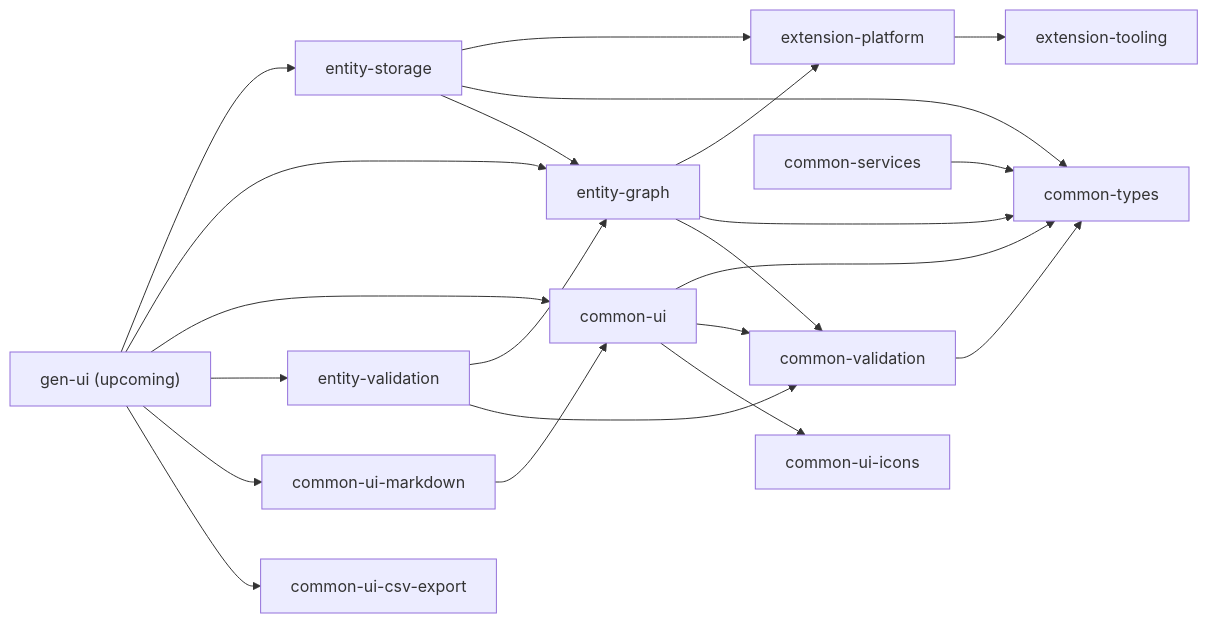
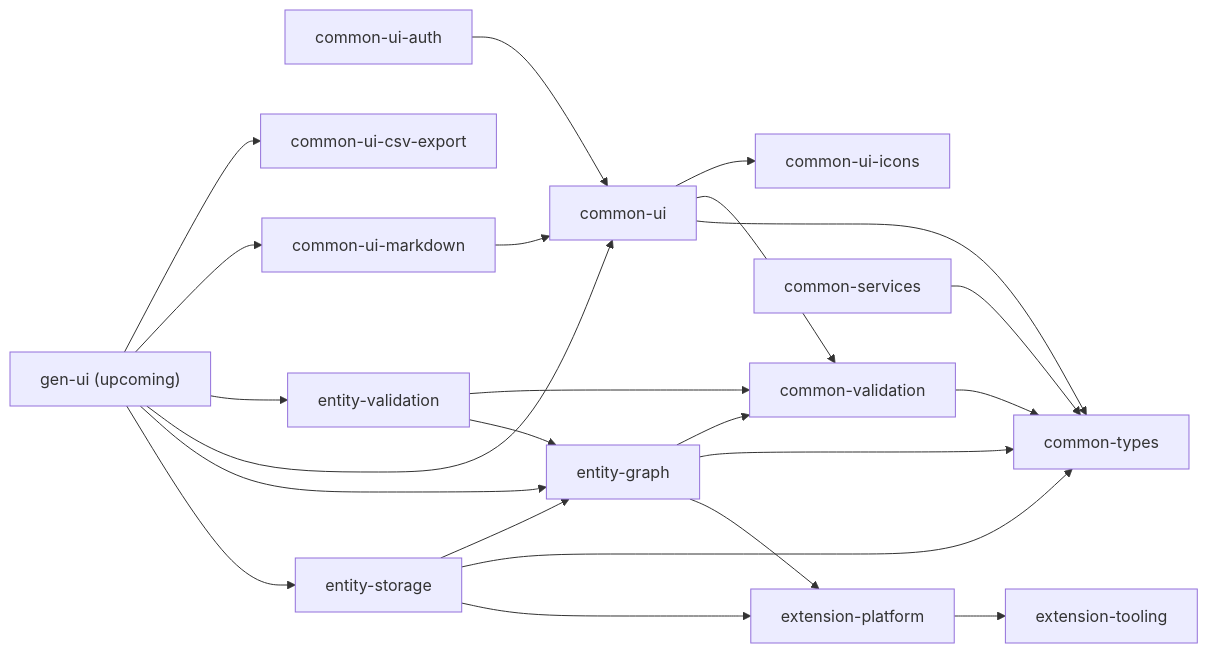
The diagram in README.md (seij-net/seij-commons-js), drawn with Mermaid before and after one commit.

Commit message:
[doc] dependencies schema

````diff
--- a/README.md
+++ b/README.md
@@ -17,46 +17,48 @@
 ```mermaid
 flowchart LR
   ExtensionPlatform[extension-platform]
   ExtensionTooling[extension-tooling]
   CommonTypes[common-types]
   CommonValidation[common-validation]
   CommonServices[common-services]
   CommonUI[common-ui]
+  CommonUIAuth[common-ui-auth]
   CommonUIIcons[common-ui-icons]
   CommonMarkdown[common-ui-markdown]
   CommonCsv[common-ui-csv-export]
   EntityGraph[entity-graph]
   EntityStorage[entity-storage]
   EntityValidation[entity-validation]
   GenUI["gen-ui (upcoming)"]
 
   ExtensionPlatform --> ExtensionTooling
   CommonValidation --> CommonTypes
   CommonServices --> CommonTypes
 
   EntityGraph --> ExtensionPlatform
   EntityGraph --> CommonTypes
   EntityGraph --> CommonValidation
 
   EntityStorage --> ExtensionPlatform
   EntityStorage --> CommonTypes
   EntityStorage --> EntityGraph
 
   EntityValidation --> EntityGraph
   EntityValidation --> CommonValidation
 
   CommonUI --> CommonTypes
   CommonUI --> CommonValidation
   CommonUI --> CommonUIIcons
 
   CommonMarkdown --> CommonUI
   
+  CommonUIAuth --> CommonUI
 
 
   GenUI --> EntityStorage
   GenUI --> EntityGraph
   GenUI --> CommonUI
   GenUI --> EntityValidation
   GenUI --> CommonMarkdown
   GenUI --> CommonCsv
 ```
````
